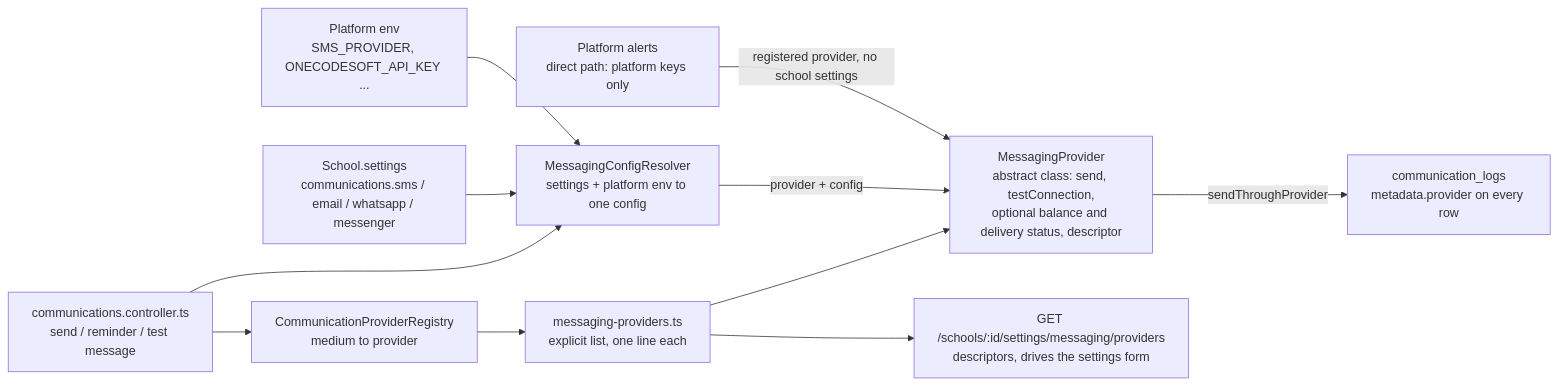
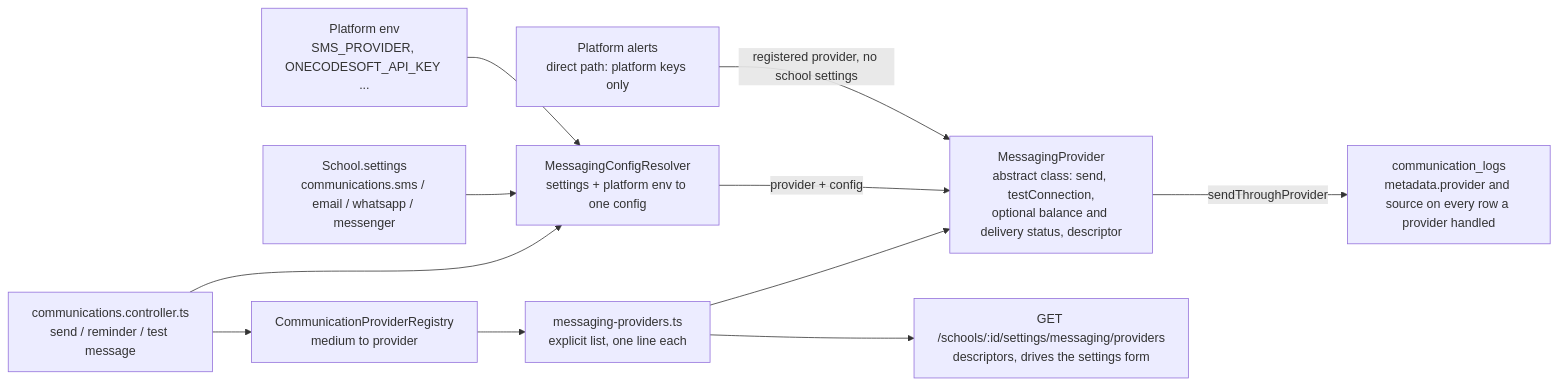
The first of 14 diagrams in docs/architecture/05-communications.md (tareq89/biddaloy), drawn with Mermaid before and after one commit. The commit also changed other lines of this file and 18 other files, not shown here.

````diff
--- a/docs/architecture/05-communications.md
+++ b/docs/architecture/05-communications.md
@@ -11,22 +11,22 @@
 ```mermaid
 flowchart LR
     CTRL["communications.controller.ts<br/>send / reminder / test message"]
     REG["CommunicationProviderRegistry<br/>medium to provider"]
     LIST["messaging-providers.ts<br/>explicit list, one line each"]
     BASE["MessagingProvider<br/>abstract class: send, testConnection,<br/>optional balance and delivery status, descriptor"]
     RES["MessagingConfigResolver<br/>settings + platform env to one config"]
     SET["School.settings<br/>communications.sms / email / whatsapp / messenger"]
     ENV["Platform env<br/>SMS_PROVIDER, ONECODESOFT_API_KEY ..."]
     API["GET /schools/:id/settings/messaging/providers<br/>descriptors, drives the settings form"]
     ALERT["Platform alerts<br/>direct path: platform keys only"]
-    LOG["communication_logs<br/>metadata.provider on every row"]
+    LOG["communication_logs<br/>metadata.provider and source on every row a provider handled"]
 
     CTRL --> REG --> LIST --> BASE
     CTRL --> RES
     SET --> RES
     ENV --> RES
     RES -->|"provider + config"| BASE
     LIST --> API
     BASE -->|"sendThroughProvider"| LOG
     ALERT -->|"registered provider, no school settings"| BASE
 ```
````
